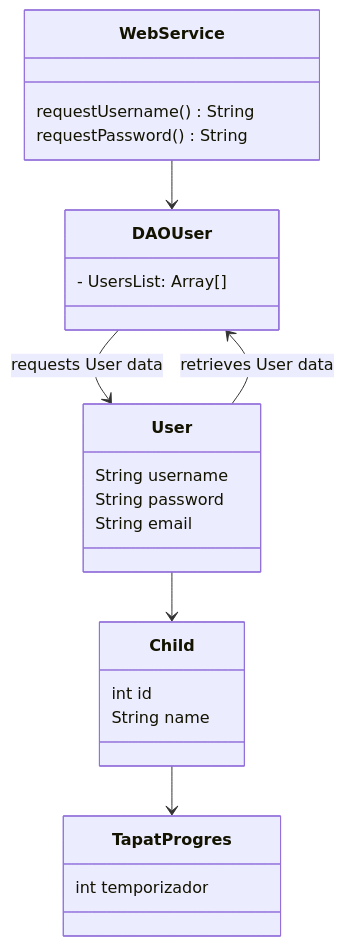
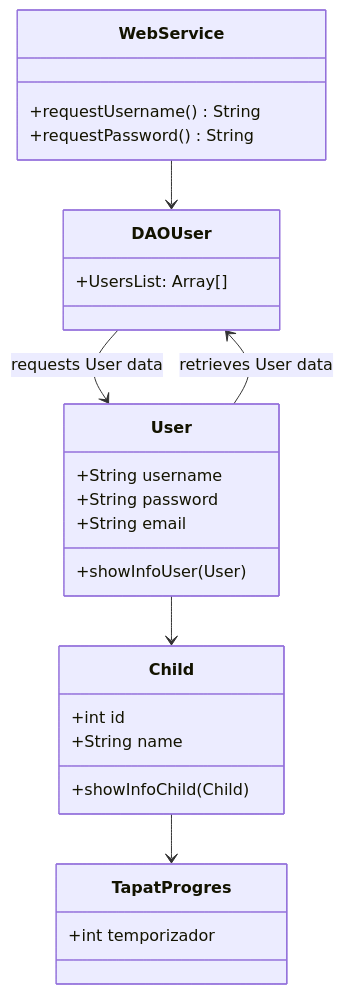
Before and after one commit to hhosp/TapatApp: the diagram in Prototip2/Prototip2BackEnd.mermaid, drawn with Mermaid.

```diff
--- a/Prototip2/Prototip2BackEnd.mermaid
+++ b/Prototip2/Prototip2BackEnd.mermaid
@@ -1,25 +1,27 @@
 classDiagram
 class WebService {
-    requestUsername() String
-    requestPassword() String
+    +requestUsername() String
+    +requestPassword() String
 }
 class DAOUser {
-    - UsersList: Array<User>[]
+    +UsersList: Array<User>[]
 }
 class User {
-    String username
-    String password
-    String email
+    +String username
+    +String password
+    +String email
+    +showInfoUser(User)
 }
 class Child {
-    int id
-    String name
+    +int id
+    +String name
+    +showInfoChild(Child)
 }
 class TapatProgres {
-    int temporizador
+    +int temporizador
 }
 WebService --> DAOUser
 DAOUser --> User: requests User data
 User --> DAOUser: retrieves User data
 User --> Child
 Child --> TapatProgres
```
